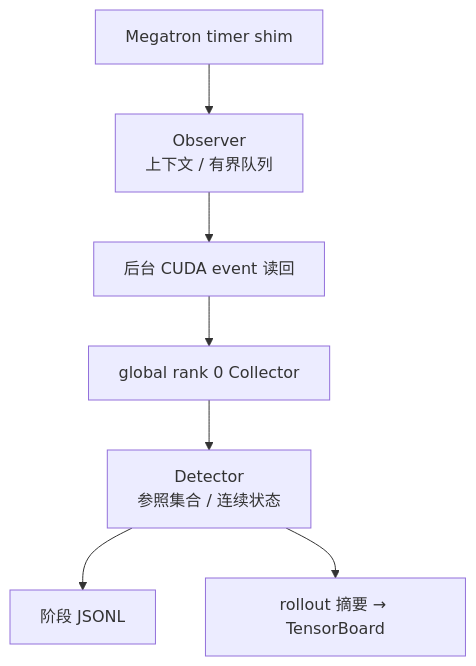
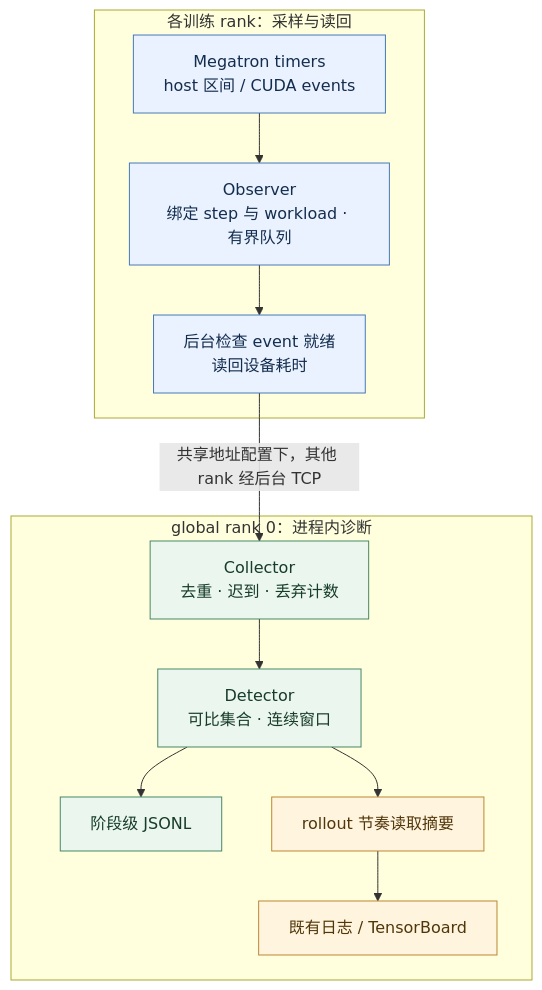
Before and after one commit to shanyulu/Relax: the diagram in review/task11-publication-20260930/PR378_GITHUB_BODY_FINAL.md, drawn with Mermaid. The commit also changed other lines of this file and 4 other files, not shown here.

````diff
--- a/review/task11-publication-20260930/PR378_GITHUB_BODY_FINAL.md
+++ b/review/task11-publication-20260930/PR378_GITHUB_BODY_FINAL.md
@@ -20,9 +9,20 @@
 ```mermaid
 flowchart TB
-  M["Megatron timer shim"] --> O["Observer<br/>上下文 / 有界队列"]
-  O --> R["后台 CUDA event 读回"]
-  R --> C["global rank 0 Collector"]
-  C --> D["Detector<br/>参照集合 / 连续状态"]
-  D --> J["阶段 JSONL"]
-  D --> T["rollout 摘要 → TensorBoard"]
+  subgraph capture["各训练 rank：采样与读回"]
+    T["Megatron timers<br/>host 区间 / CUDA events"] --> O["Observer<br/>绑定 step 与 workload · 有界队列"]
+    O --> R["后台检查 event 就绪<br/>读回设备耗时"]
+  end
+  subgraph diagnosis["global rank 0：进程内诊断"]
+    C["Collector<br/>去重 · 迟到 · 丢弃计数"] --> D["Detector<br/>可比集合 · 连续窗口"]
+    D --> J["阶段级 JSONL"]
+    D --> S["rollout 节奏读取摘要"]
+    S --> P["既有日志 / TensorBoard"]
+  end
+  R -->|"共享地址配置下，其他 rank 经后台 TCP"| C
+  classDef blue fill:#eaf2ff,stroke:#4778b8,color:#142d4e
+  classDef green fill:#eaf6ee,stroke:#488766,color:#173c29
+  classDef amber fill:#fff4dd,stroke:#bc8734,color:#51360b
+  class T,O,R blue
+  class C,D,J green
+  class S,P amber
 ```
````
